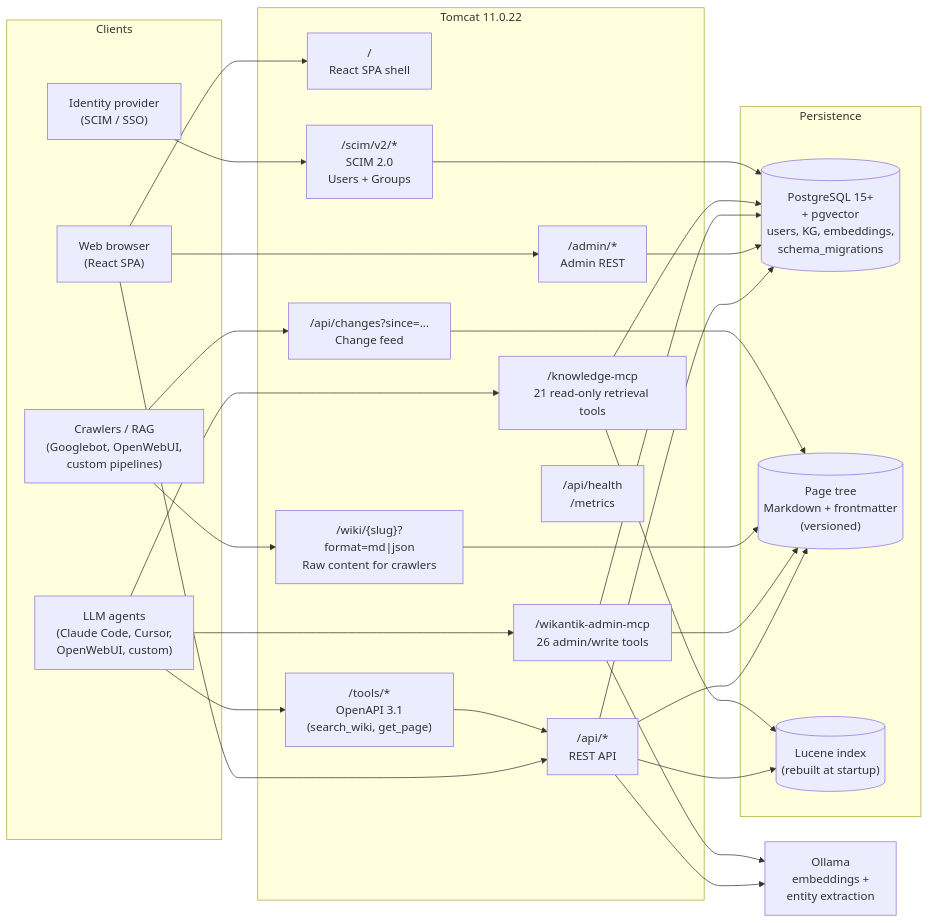
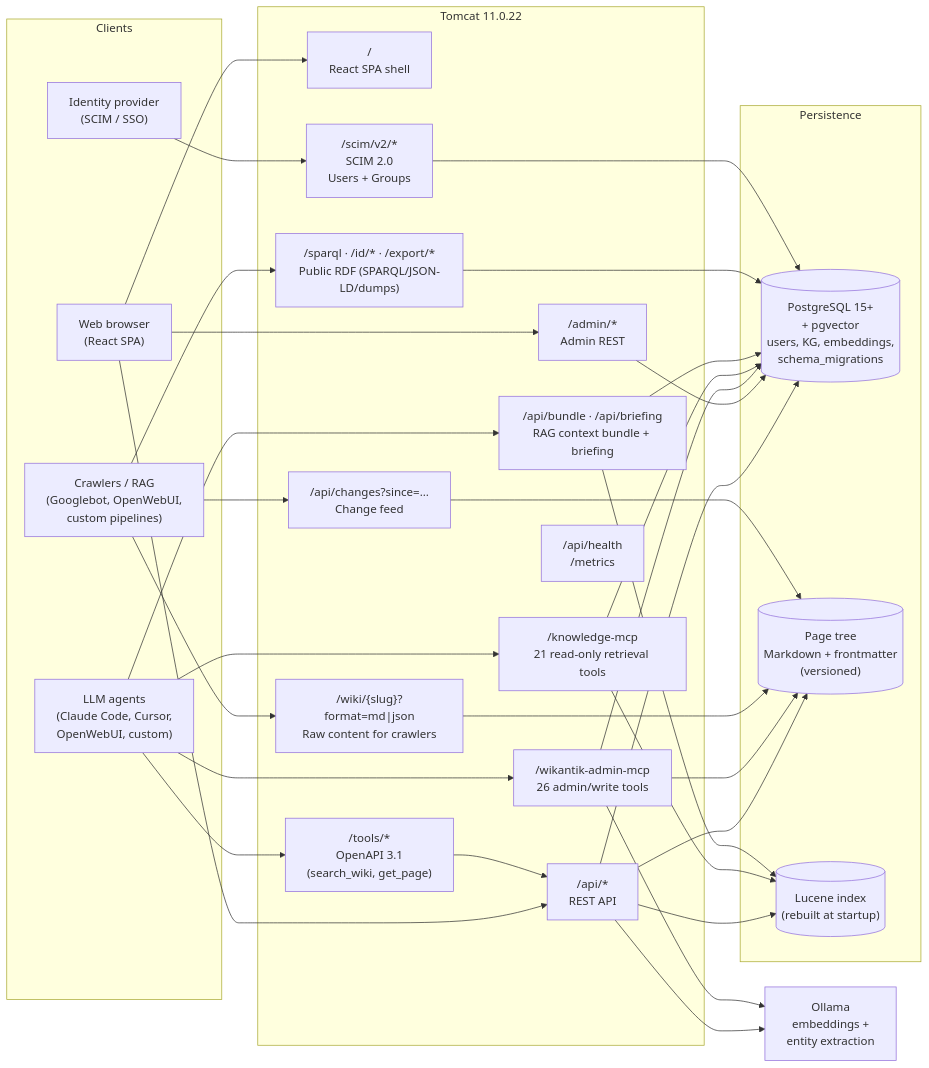
Before and after one commit to jakefearsd/wikantik: the diagram in README.md, drawn with Mermaid. The commit also changed other lines of this file and 5 other files, not shown here.

First line of the commit message:
docs: sync README + linked docs to 2.2–2.3 code (bundle, briefing, rate limiting)

````diff
--- a/README.md
+++ b/README.md
@@ -96,56 +101,63 @@
 ```mermaid
 flowchart LR
     subgraph clients [Clients]
         Browser["Web browser<br/>(React SPA)"]
         Agent["LLM agents<br/>(Claude Code, Cursor,<br/>OpenWebUI, custom)"]
         Crawler["Crawlers / RAG<br/>(Googlebot, OpenWebUI,<br/>custom pipelines)"]
         IdP["Identity provider<br/>(SCIM / SSO)"]
     end
 
     subgraph tomcat [Tomcat 11.0.22]
         SPA["/<br/>React SPA shell"]
         REST["/api/*<br/>REST API"]
         Admin["/admin/*<br/>Admin REST"]
         Raw["/wiki/{slug}?format=md|json<br/>Raw content for crawlers"]
         Changes["/api/changes?since=…<br/>Change feed"]
+        Bundle["/api/bundle · /api/briefing<br/>RAG context bundle + briefing"]
         AdminMCP["/wikantik-admin-mcp<br/>26 admin/write tools"]
         KnowMCP["/knowledge-mcp<br/>21 read-only retrieval tools"]
         Tools["/tools/*<br/>OpenAPI 3.1<br/>(search_wiki, get_page)"]
+        RDF["/sparql · /id/* · /export/*<br/>Public RDF (SPARQL/JSON-LD/dumps)"]
         Scim["/scim/v2/*<br/>SCIM 2.0<br/>Users + Groups"]
         Health["/api/health<br/>/metrics"]
     end
 
     subgraph data [Persistence]
         PG[("PostgreSQL 15+<br/>+ pgvector<br/>users, KG, embeddings,<br/>schema_migrations")]
         Pages[("Page tree<br/>Markdown + frontmatter<br/>(versioned)")]
         Lucene[("Lucene index<br/>(rebuilt at startup)")]
     end
 
     Ollama["Ollama<br/>embeddings +<br/>entity extraction"]
 
     Browser --> SPA
     Browser --> REST
     Browser --> Admin
     Crawler --> Raw
     Crawler --> Changes
+    Crawler --> RDF
     Agent --> AdminMCP
     Agent --> KnowMCP
     Agent --> Tools
+    Agent --> Bundle
     IdP --> Scim
 
     REST --> PG
     REST --> Pages
     REST --> Lucene
     Admin --> PG
     AdminMCP --> PG
     AdminMCP --> Pages
     KnowMCP --> PG
     KnowMCP --> Lucene
+    Bundle --> PG
+    Bundle --> Lucene
+    RDF --> PG
     Raw --> Pages
     Changes --> Pages
     Tools --> REST
     Scim --> PG
 
     REST --> Ollama
     AdminMCP --> Ollama
 ```
````
